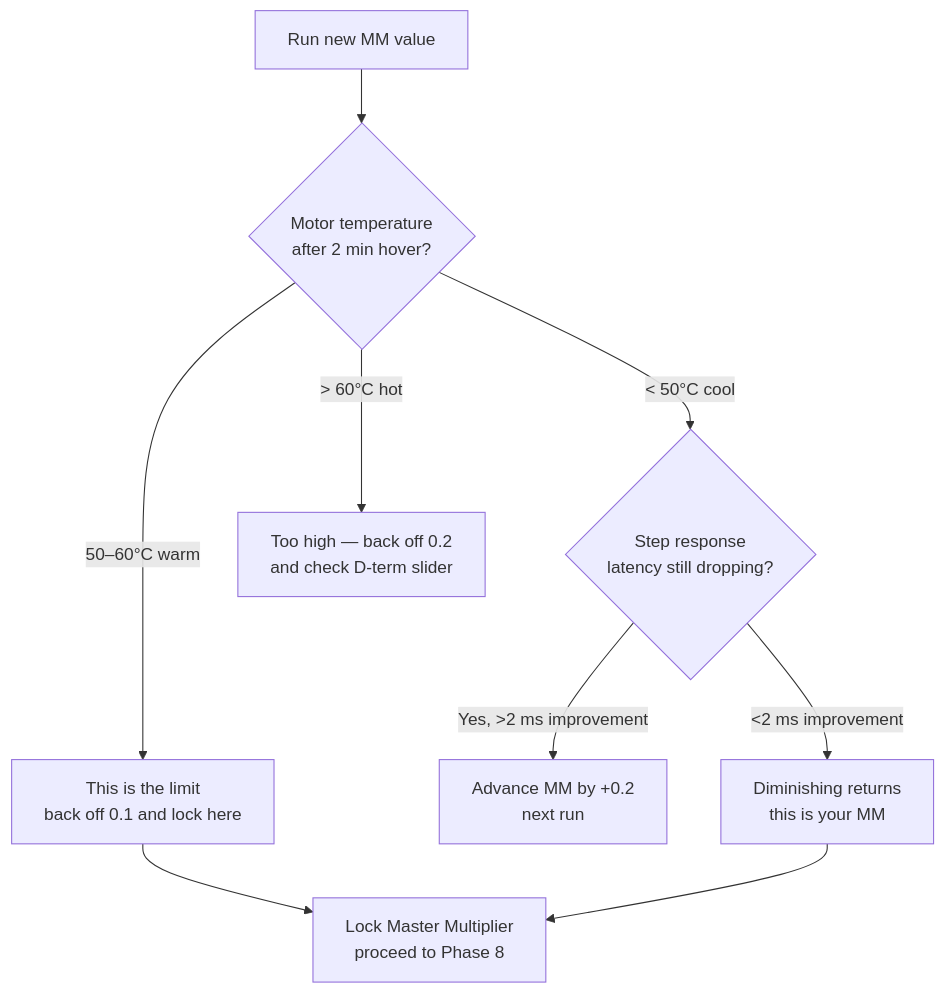
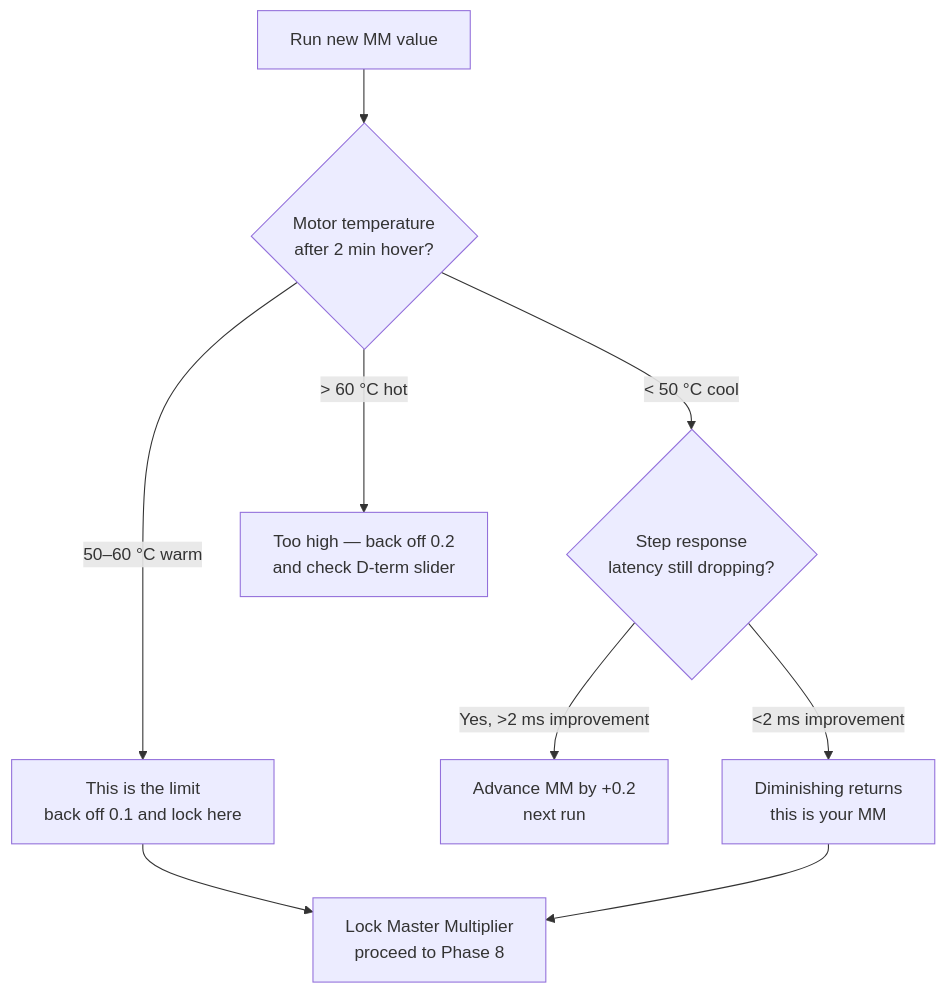
The fourth of 4 diagrams in blog/content/snippets/fpv/tuning/pid-tuning-wobble-test.lt.md (itohio/itohio.github.io), drawn with Mermaid before and after one commit. The commit also changed other lines of this file and 4 other files, not shown here.

````diff
--- a/blog/content/snippets/fpv/tuning/pid-tuning-wobble-test.lt.md
+++ b/blog/content/snippets/fpv/tuning/pid-tuning-wobble-test.lt.md
@@ -463,10 +463,10 @@
 ```mermaid
 flowchart TD
     A[Run new MM value] --> B{Motor temperature<br/>after 2 min hover?}
-    B -->|< 50°C cool| C{Step response<br/>latency still dropping?}
-    B -->|50–60°C warm| D[This is the limit<br/>back off 0.1 and lock here]
-    B -->|> 60°C hot| E[Too high — back off 0.2<br/>and check D-term slider]
+    B -->|< 50 °C cool| C{Step response<br/>latency still dropping?}
+    B -->|50–60 °C warm| D[This is the limit<br/>back off 0.1 and lock here]
+    B -->|> 60 °C hot| E[Too high — back off 0.2<br/>and check D-term slider]
     C -->|Yes, >2 ms improvement| F[Advance MM by +0.2<br/>next run]
     C -->|<2 ms improvement| G[Diminishing returns<br/>this is your MM]
     D & G --> H[Lock Master Multiplier<br/>proceed to Phase 8]
 ```
````
